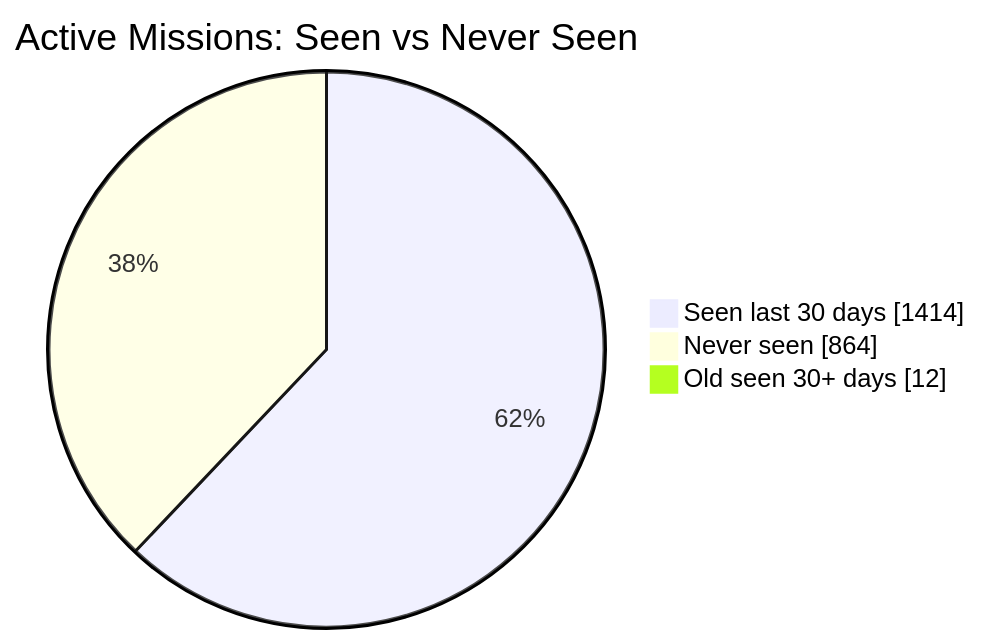
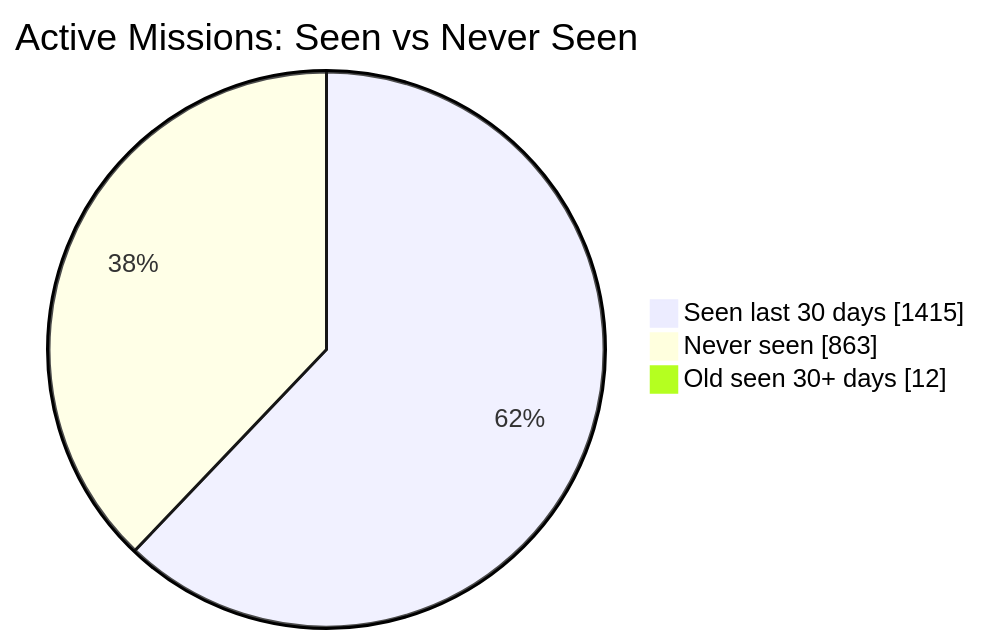
One commit to MeldkamerspelGameTeam/active-missions changed the first of 2 diagrams in README.md. Above: the diagram before and after it, drawn with Mermaid. The commit also changed other lines of this file and 2 other files, not shown here.

````diff
--- a/README.md
+++ b/README.md
@@ -34,7 +34,7 @@
 ```mermaid
 pie showData
     title Active Missions: Seen vs Never Seen
-    "Seen last 30 days" : 1414
-    "Never seen" : 864
+    "Seen last 30 days" : 1415
+    "Never seen" : 863
     "Old seen 30+ days" : 12
 ```
````
